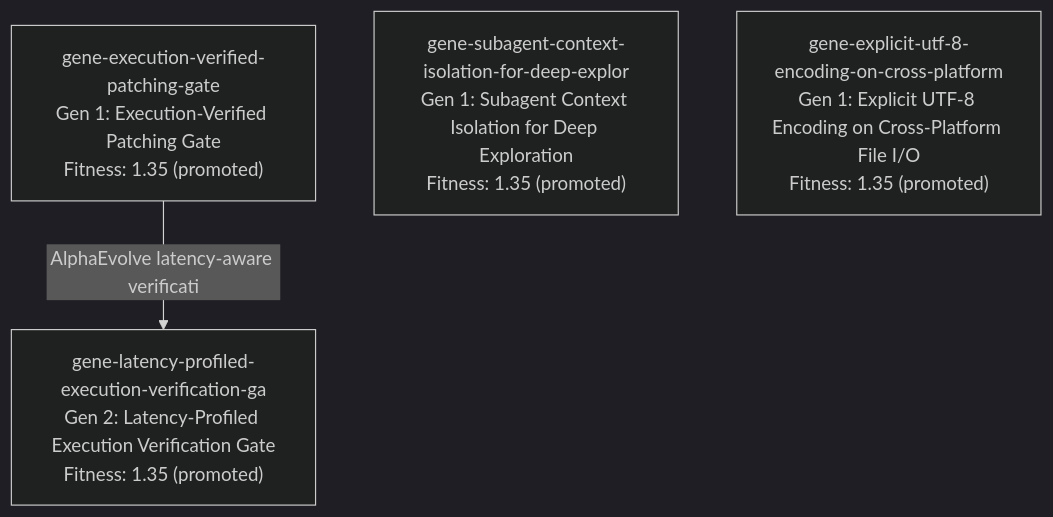
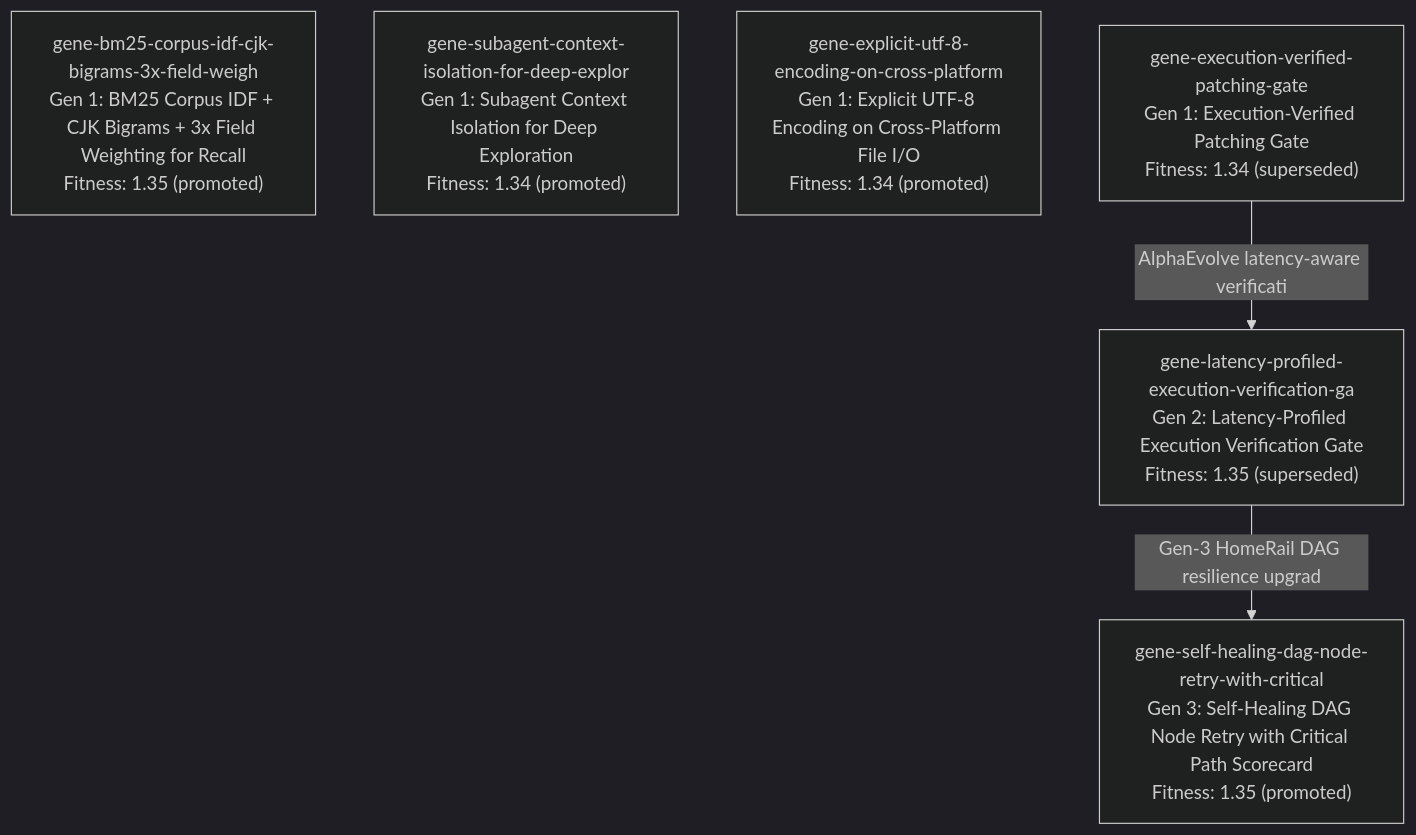
The diagram in docs/LINEAGE.md (muxi364/evlop), drawn with Mermaid (dark theme) before and after one commit. The commit also changed 10 other files, not shown here.

Commit message:
feat(sota-100): evolve Gen 1-3 retrieval BM25 IDF, transitive lineage superseding, and self-healing DAG critical path to 100% benchmark score

````diff
--- a/docs/LINEAGE.md
+++ b/docs/LINEAGE.md
@@ -3,8 +3,11 @@
 ```mermaid
 flowchart TD
-    gene-latency-profiled-execution-verification-ga["gene-latency-profiled-execution-verification-ga<br/>Gen 2: Latency-Profiled Execution Verification Gate<br/>Fitness: 1.35 (promoted)"]
-    gene-execution-verified-patching-gate["gene-execution-verified-patching-gate<br/>Gen 1: Execution-Verified Patching Gate<br/>Fitness: 1.35 (promoted)"]
-    gene-subagent-context-isolation-for-deep-explor["gene-subagent-context-isolation-for-deep-explor<br/>Gen 1: Subagent Context Isolation for Deep Exploration<br/>Fitness: 1.35 (promoted)"]
-    gene-explicit-utf-8-encoding-on-cross-platform["gene-explicit-utf-8-encoding-on-cross-platform<br/>Gen 1: Explicit UTF-8 Encoding on Cross-Platform File I/O<br/>Fitness: 1.35 (promoted)"]
+    gene-bm25-corpus-idf-cjk-bigrams-3x-field-weigh["gene-bm25-corpus-idf-cjk-bigrams-3x-field-weigh<br/>Gen 1: BM25 Corpus IDF + CJK Bigrams + 3x Field Weighting for Recall<br/>Fitness: 1.35 (promoted)"]
+    gene-self-healing-dag-node-retry-with-critical["gene-self-healing-dag-node-retry-with-critical<br/>Gen 3: Self-Healing DAG Node Retry with Critical Path Scorecard<br/>Fitness: 1.35 (promoted)"]
+    gene-subagent-context-isolation-for-deep-explor["gene-subagent-context-isolation-for-deep-explor<br/>Gen 1: Subagent Context Isolation for Deep Exploration<br/>Fitness: 1.34 (promoted)"]
+    gene-explicit-utf-8-encoding-on-cross-platform["gene-explicit-utf-8-encoding-on-cross-platform<br/>Gen 1: Explicit UTF-8 Encoding on Cross-Platform File I/O<br/>Fitness: 1.34 (promoted)"]
+    gene-latency-profiled-execution-verification-ga["gene-latency-profiled-execution-verification-ga<br/>Gen 2: Latency-Profiled Execution Verification Gate<br/>Fitness: 1.35 (superseded)"]
+    gene-execution-verified-patching-gate["gene-execution-verified-patching-gate<br/>Gen 1: Execution-Verified Patching Gate<br/>Fitness: 1.34 (superseded)"]
+    gene-latency-profiled-execution-verification-ga -->|"Gen-3 HomeRail DAG resilience upgrad"| gene-self-healing-dag-node-retry-with-critical
     gene-execution-verified-patching-gate -->|"AlphaEvolve latency-aware verificati"| gene-latency-profiled-execution-verification-ga
 ```
````
